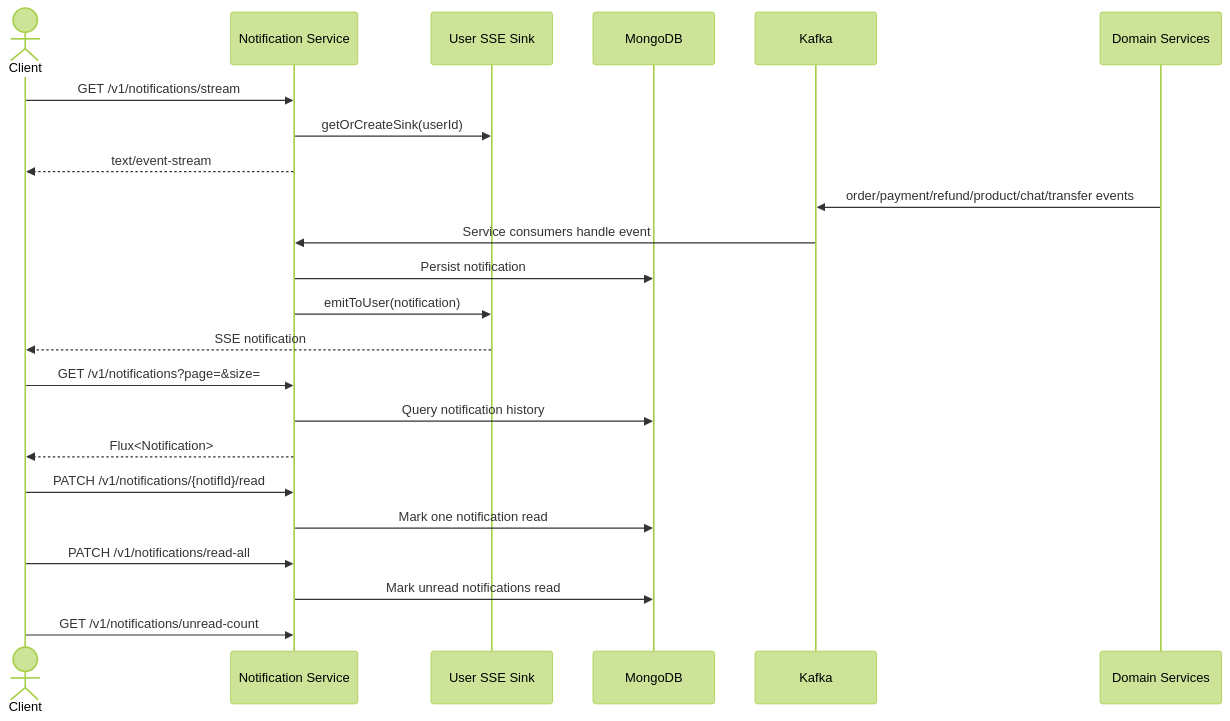
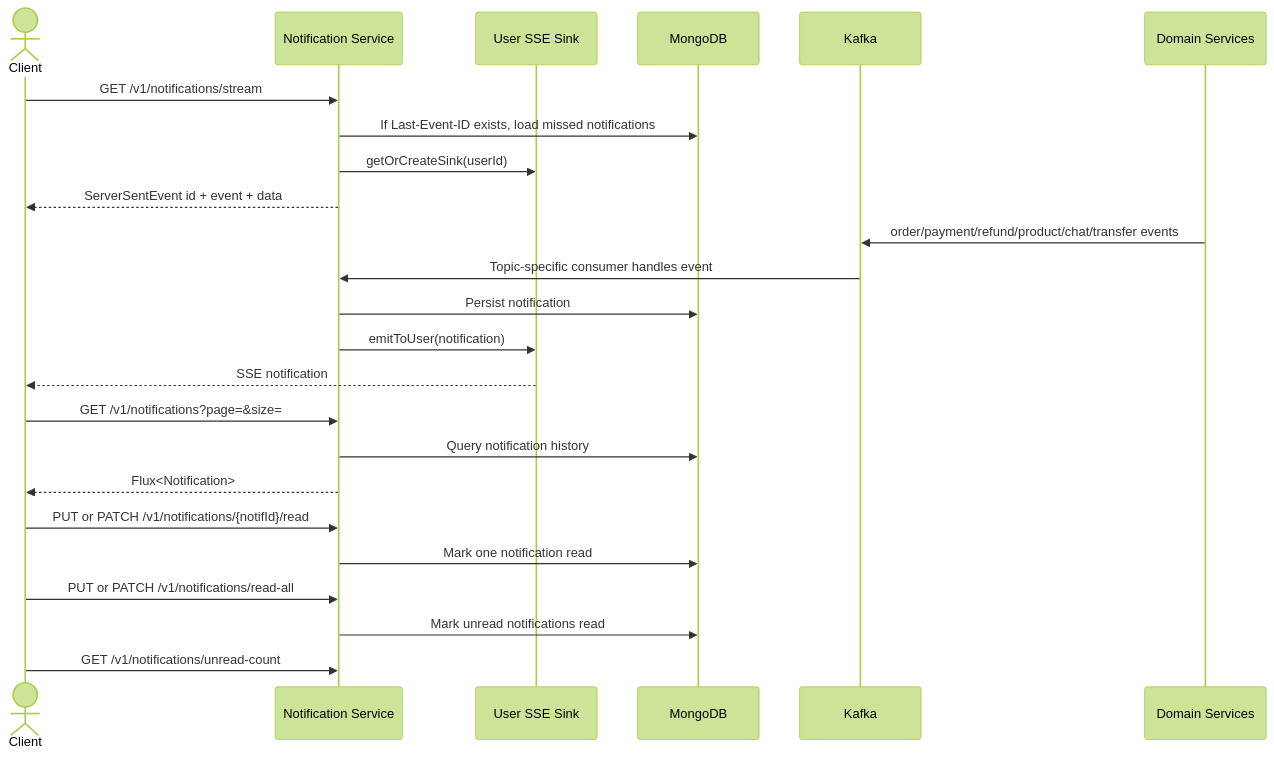
Before and after one commit to ldqanh1408/stealing-from-paradise: the diagram in documents/flows/notification-service/flow-notification-stream.md, drawn with Mermaid (forest theme). The commit also changed other lines of this file and 324 other files, not shown here.

````diff
--- a/documents/flows/notification-service/flow-notification-stream.md
+++ b/documents/flows/notification-service/flow-notification-stream.md
@@ -14,29 +14,30 @@
 ```mermaid
 sequenceDiagram
     actor Client
     participant Notif as Notification Service
     participant Sink as User SSE Sink
     participant Mongo as MongoDB
     participant Kafka as Kafka
     participant Producers as Domain Services
 
     Client->>Notif: GET /v1/notifications/stream
+    Notif->>Mongo: If Last-Event-ID exists, load missed notifications
     Notif->>Sink: getOrCreateSink(userId)
-    Notif-->>Client: text/event-stream
+    Notif-->>Client: ServerSentEvent id + event + data
 
     Producers->>Kafka: order/payment/refund/product/chat/transfer events
-    Kafka->>Notif: Service consumers handle event
+    Kafka->>Notif: Topic-specific consumer handles event
     Notif->>Mongo: Persist notification
     Notif->>Sink: emitToUser(notification)
     Sink-->>Client: SSE notification
 
     Client->>Notif: GET /v1/notifications?page=&size=
     Notif->>Mongo: Query notification history
     Notif-->>Client: Flux<Notification>
 
-    Client->>Notif: PATCH /v1/notifications/{notifId}/read
+    Client->>Notif: PUT or PATCH /v1/notifications/{notifId}/read
     Notif->>Mongo: Mark one notification read
-    Client->>Notif: PATCH /v1/notifications/read-all
+    Client->>Notif: PUT or PATCH /v1/notifications/read-all
     Notif->>Mongo: Mark unread notifications read
     Client->>Notif: GET /v1/notifications/unread-count
 ```
````
